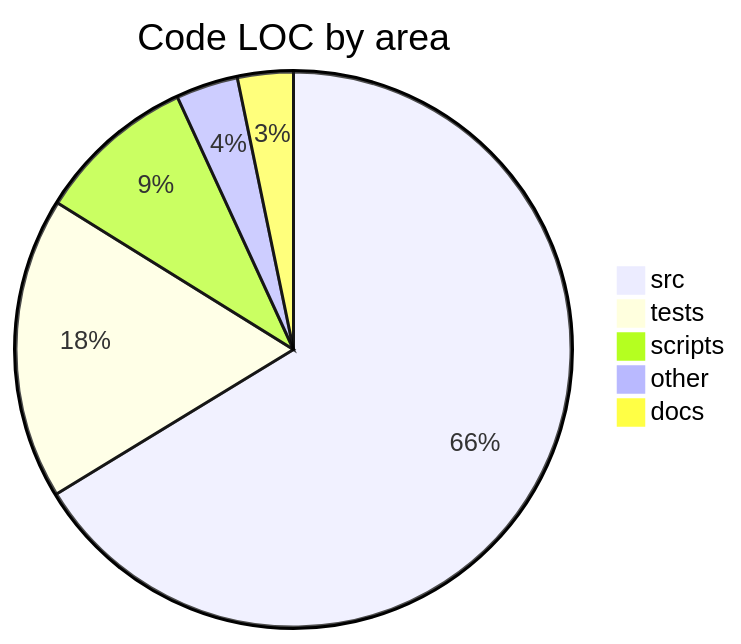
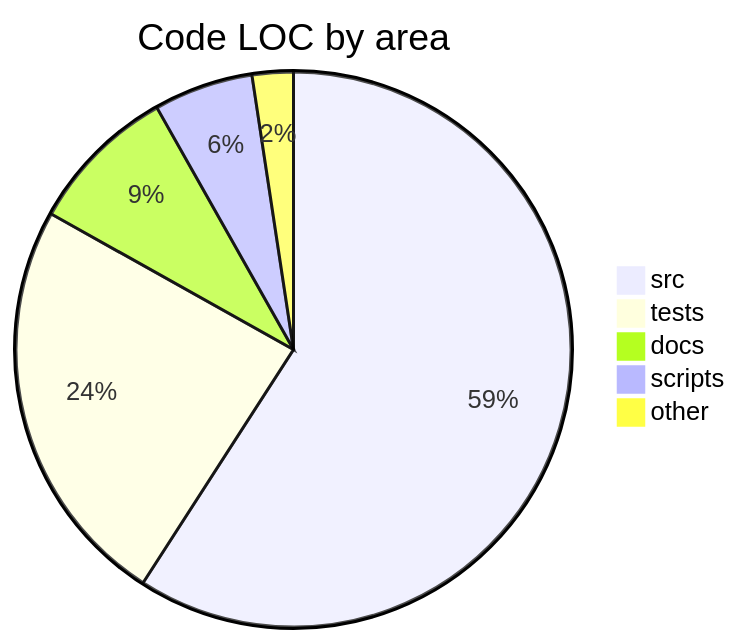
The first of 2 diagrams in docs/repository-stats.md (chris-piekarski/voxium-ptt), drawn with Mermaid before and after one commit. The commit also changed other lines of this file and 70 other files, not shown here.

````diff
--- a/docs/repository-stats.md
+++ b/docs/repository-stats.md
@@ -12,8 +12,8 @@
 ```mermaid
 pie title Code LOC by area
-  "src" : 6087
-  "tests" : 1613
-  "scripts" : 853
-  "other" : 332
-  "docs" : 298
+  "src" : 10275
+  "tests" : 4172
+  "docs" : 1512
+  "scripts" : 1006
+  "other" : 416
 ```
````
